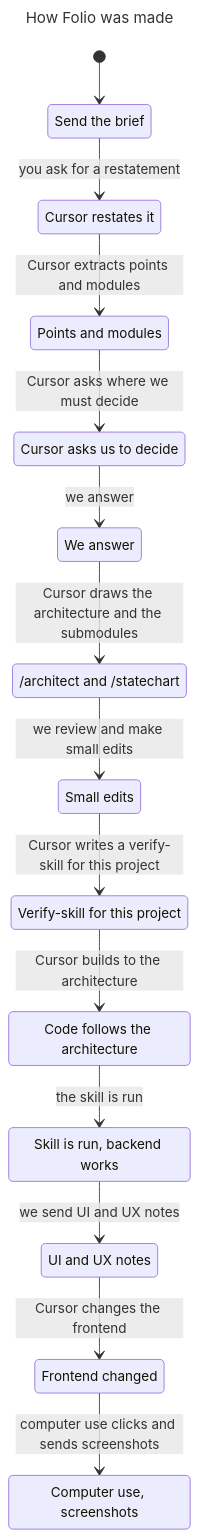
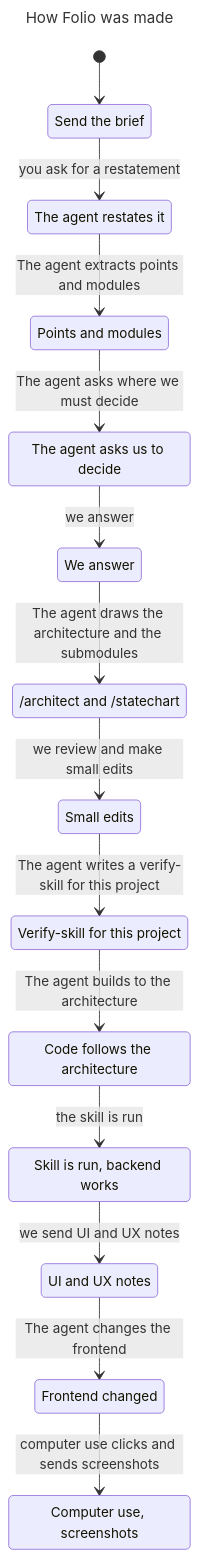
Before and after one commit to TTAWDTT/folio: the diagram in submission/statecharts/making.mmd, drawn with Mermaid. The commit also changed 4 other files, not shown here.

First line of the commit message:
Name the agent on the making chart, not Cursor.

```diff
--- a/submission/statecharts/making.mmd
+++ b/submission/statecharts/making.mmd
@@ -1,30 +1,30 @@
 ---
 title: "How Folio was made"
 ---
 stateDiagram-v2
   s0: Send the brief
-  s1: Cursor restates it
+  s1: The agent restates it
   s2: Points and modules
-  s3: Cursor asks us to decide
+  s3: The agent asks us to decide
   s4: We answer
   s5: /architect and /statechart
   s6: Small edits
   s7: Verify-skill for this project
   s8: Code follows the architecture
   s9: Skill is run, backend works
   s10: UI and UX notes
   s11: Frontend changed
   s12: Computer use, screenshots
   [*] --> s0
   s0 --> s1: you ask for a restatement
-  s1 --> s2: Cursor extracts points and modules
-  s2 --> s3: Cursor asks where we must decide
+  s1 --> s2: The agent extracts points and modules
+  s2 --> s3: The agent asks where we must decide
   s3 --> s4: we answer
-  s4 --> s5: Cursor draws the architecture and the submodules
+  s4 --> s5: The agent draws the architecture and the submodules
   s5 --> s6: we review and make small edits
-  s6 --> s7: Cursor writes a verify-skill for this project
-  s7 --> s8: Cursor builds to the architecture
+  s6 --> s7: The agent writes a verify-skill for this project
+  s7 --> s8: The agent builds to the architecture
   s8 --> s9: the skill is run
   s9 --> s10: we send UI and UX notes
-  s10 --> s11: Cursor changes the frontend
+  s10 --> s11: The agent changes the frontend
   s11 --> s12: computer use clicks and sends screenshots
```
